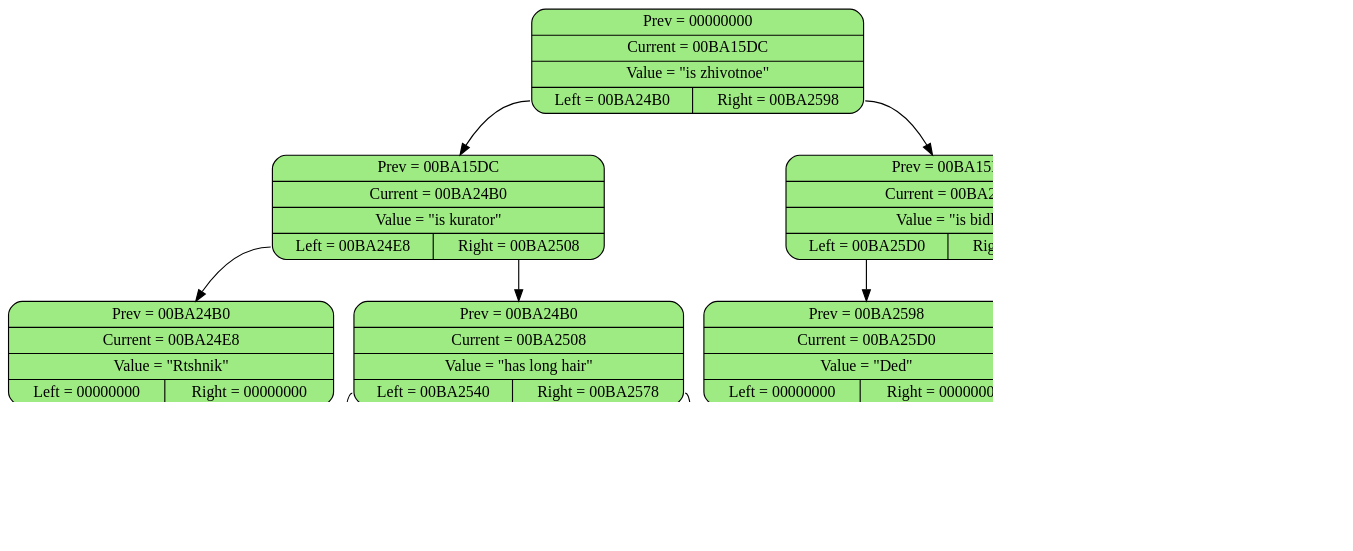
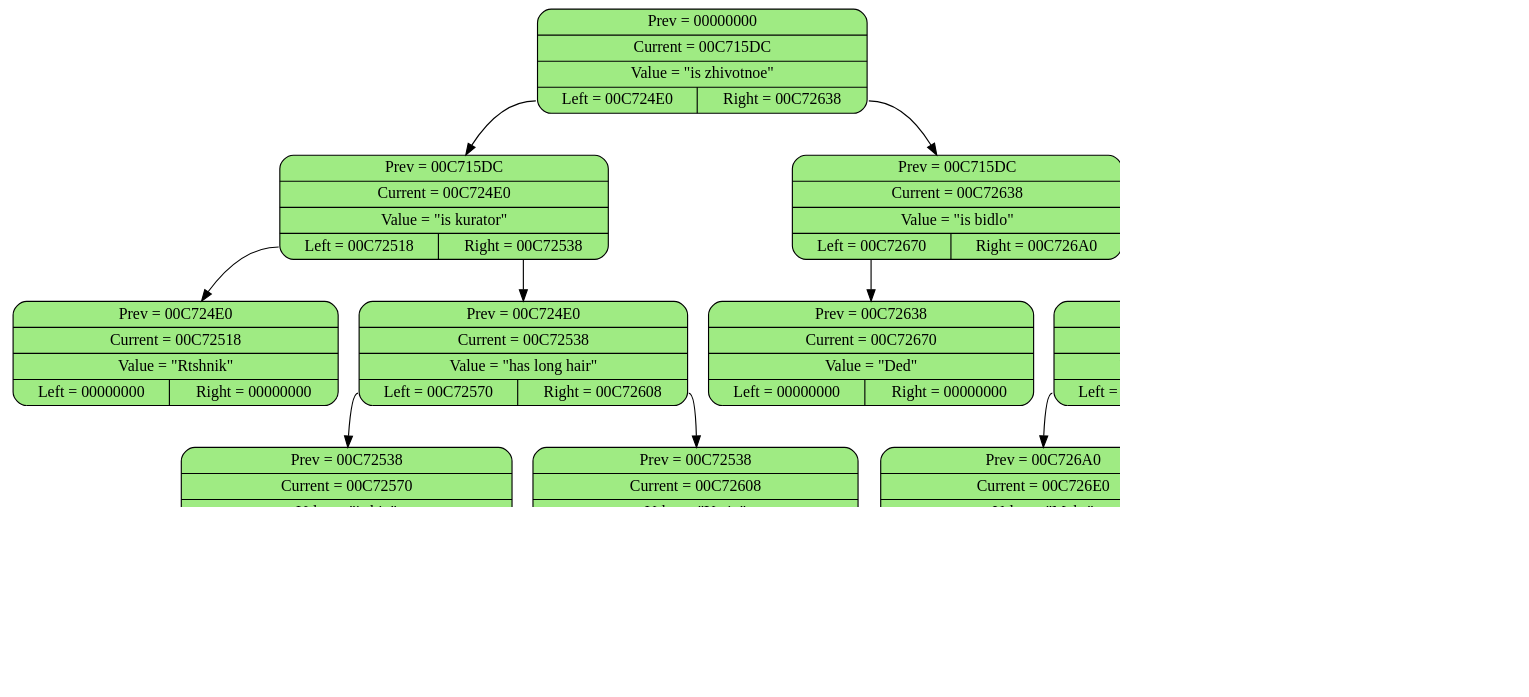
The diagram in GraphDumpSrc.dot (TupaToster/tre), drawn with Graphviz before and after one commit. The commit also changed 5 other files, not shown here.

```diff
--- a/GraphDumpSrc.dot
+++ b/GraphDumpSrc.dot
@@ -1,25 +1,34 @@
 digraph List_0 {
 	graph [dpi = 100];
 	rankdir = TB
-	"Nod_0" [shape = "Mrecord", style = "filled", fillcolor = "#9feb83", label = "{ <prev> Prev = 00000000 | Current = 00BA15DC | Value = \"is zhivotnoe\" | { <left> Left = 00BA24B0 | <right> Right = 00BA2598} }"]
-	"Nod_1" [shape = "Mrecord", style = "filled", fillcolor = "#9feb83", label = "{ <prev> Prev = 00BA15DC | Current = 00BA24B0 | Value = \"is kurator\" | { <left> Left = 00BA24E8 | <right> Right = 00BA2508} }"]
-	"Nod_2" [shape = "Mrecord", style = "filled", fillcolor = "#9feb83", label = "{ <prev> Prev = 00BA24B0 | Current = 00BA24E8 | Value = \"Rtshnik\" | { <left> Left = 00000000 | <right> Right = 00000000} }"]
-	"Nod_3" [shape = "Mrecord", style = "filled", fillcolor = "#9feb83", label = "{ <prev> Prev = 00BA24B0 | Current = 00BA2508 | Value = \"has long hair\" | { <left> Left = 00BA2540 | <right> Right = 00BA2578} }"]
-	"Nod_4" [shape = "Mrecord", style = "filled", fillcolor = "#9feb83", label = "{ <prev> Prev = 00BA2508 | Current = 00BA2540 | Value = \"Leorius Maltz\" | { <left> Left = 00000000 | <right> Right = 00000000} }"]
-	"Nod_5" [shape = "Mrecord", style = "filled", fillcolor = "#9feb83", label = "{ <prev> Prev = 00BA2508 | Current = 00BA2578 | Value = \"Yasin\" | { <left> Left = 00000000 | <right> Right = 00000000} }"]
-	"Nod_6" [shape = "Mrecord", style = "filled", fillcolor = "#9feb83", label = "{ <prev> Prev = 00BA15DC | Current = 00BA2598 | Value = \"is bidlo\" | { <left> Left = 00BA25D0 | <right> Right = 00BA2600} }"]
-	"Nod_7" [shape = "Mrecord", style = "filled", fillcolor = "#9feb83", label = "{ <prev> Prev = 00BA2598 | Current = 00BA25D0 | Value = \"Ded\" | { <left> Left = 00000000 | <right> Right = 00000000} }"]
-	"Nod_8" [shape = "Mrecord", style = "filled", fillcolor = "#9feb83", label = "{ <prev> Prev = 00BA2598 | Current = 00BA2600 | Value = \"Maks\" | { <left> Left = 00000000 | <right> Right = 00000000} }"]
+	"Nod_0" [shape = "Mrecord", style = "filled", fillcolor = "#9feb83", label = "{ <prev> Prev = 00000000 | Current = 00C715DC | Value = \"is zhivotnoe\" | { <left> Left = 00C724E0 | <right> Right = 00C72638} }"]
+	"Nod_1" [shape = "Mrecord", style = "filled", fillcolor = "#9feb83", label = "{ <prev> Prev = 00C715DC | Current = 00C724E0 | Value = \"is kurator\" | { <left> Left = 00C72518 | <right> Right = 00C72538} }"]
+	"Nod_2" [shape = "Mrecord", style = "filled", fillcolor = "#9feb83", label = "{ <prev> Prev = 00C724E0 | Current = 00C72518 | Value = \"Rtshnik\" | { <left> Left = 00000000 | <right> Right = 00000000} }"]
+	"Nod_3" [shape = "Mrecord", style = "filled", fillcolor = "#9feb83", label = "{ <prev> Prev = 00C724E0 | Current = 00C72538 | Value = \"has long hair\" | { <left> Left = 00C72570 | <right> Right = 00C72608} }"]
+	"Nod_4" [shape = "Mrecord", style = "filled", fillcolor = "#9feb83", label = "{ <prev> Prev = 00C72538 | Current = 00C72570 | Value = \"is big\" | { <left> Left = 00C725A0 | <right> Right = 00C725D8} }"]
+	"Nod_5" [shape = "Mrecord", style = "filled", fillcolor = "#9feb83", label = "{ <prev> Prev = 00C72570 | Current = 00C725A0 | Value = \"Leorius Maltz\" | { <left> Left = 00000000 | <right> Right = 00000000} }"]
+	"Nod_6" [shape = "Mrecord", style = "filled", fillcolor = "#9feb83", label = "{ <prev> Prev = 00C72570 | Current = 00C725D8 | Value = \"Seriy\" | { <left> Left = 00000000 | <right> Right = 00000000} }"]
+	"Nod_7" [shape = "Mrecord", style = "filled", fillcolor = "#9feb83", label = "{ <prev> Prev = 00C72538 | Current = 00C72608 | Value = \"Yasin\" | { <left> Left = 00000000 | <right> Right = 00000000} }"]
+	"Nod_8" [shape = "Mrecord", style = "filled", fillcolor = "#9feb83", label = "{ <prev> Prev = 00C715DC | Current = 00C72638 | Value = \"is bidlo\" | { <left> Left = 00C72670 | <right> Right = 00C726A0} }"]
+	"Nod_9" [shape = "Mrecord", style = "filled", fillcolor = "#9feb83", label = "{ <prev> Prev = 00C72638 | Current = 00C72670 | Value = \"Ded\" | { <left> Left = 00000000 | <right> Right = 00000000} }"]
+	"Nod_10" [shape = "Mrecord", style = "filled", fillcolor = "#9feb83", label = "{ <prev> Prev = 00C72638 | Current = 00C726A0 | Value = \"is smarter than Maks\" | { <left> Left = 00C726E0 | <right> Right = 00C72710} }"]
+	"Nod_11" [shape = "Mrecord", style = "filled", fillcolor = "#9feb83", label = "{ <prev> Prev = 00C726A0 | Current = 00C726E0 | Value = \"Maks\" | { <left> Left = 00000000 | <right> Right = 00000000} }"]
+	"Nod_12" [shape = "Mrecord", style = "filled", fillcolor = "#9feb83", label = "{ <prev> Prev = 00C726A0 | Current = 00C72710 | Value = \"Arsenich\" | { <left> Left = 00000000 | <right> Right = 00000000} }"]
 	{ rank = same;  Nod_0; }
-	{ rank = same;  Nod_1;  Nod_6; }
-	{ rank = same;  Nod_2;  Nod_3;  Nod_7;  Nod_8; }
-	{ rank = same;  Nod_4;  Nod_5; }
+	{ rank = same;  Nod_1;  Nod_8; }
+	{ rank = same;  Nod_2;  Nod_3;  Nod_9;  Nod_10; }
+	{ rank = same;  Nod_4;  Nod_7;  Nod_11;  Nod_12; }
+	{ rank = same;  Nod_5;  Nod_6; }
 	"Nod_0":left -> "Nod_1";
 	"Nod_1":left -> "Nod_2";
 	"Nod_1":right -> "Nod_3";
 	"Nod_3":left -> "Nod_4";
-	"Nod_3":right -> "Nod_5";
-	"Nod_0":right -> "Nod_6";
-	"Nod_6":left -> "Nod_7";
-	"Nod_6":right -> "Nod_8";
+	"Nod_4":left -> "Nod_5";
+	"Nod_4":right -> "Nod_6";
+	"Nod_3":right -> "Nod_7";
+	"Nod_0":right -> "Nod_8";
+	"Nod_8":left -> "Nod_9";
+	"Nod_8":right -> "Nod_10";
+	"Nod_10":left -> "Nod_11";
+	"Nod_10":right -> "Nod_12";
 }
```
